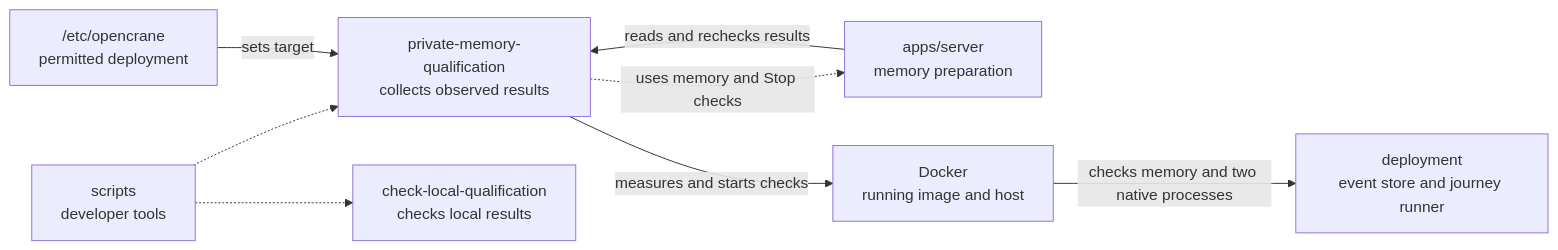
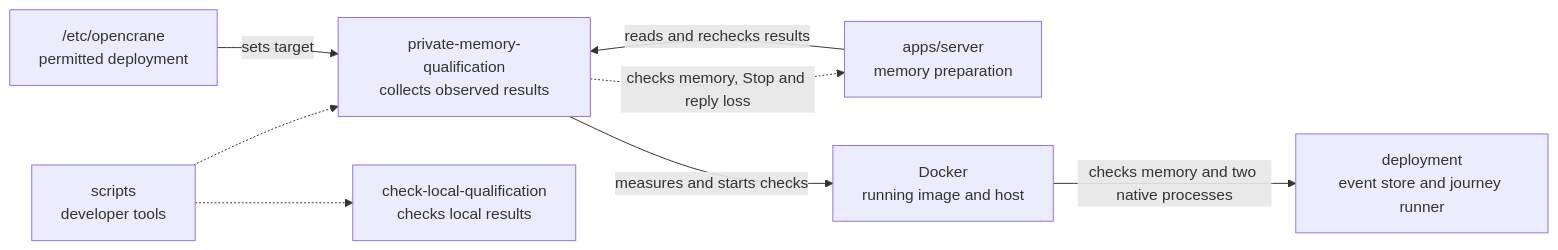
One commit to elewa-git/opencrane-new changed the diagram in scripts/private-memory-qualification/README.md. Above: the diagram before and after it, drawn with Mermaid. The commit also changed other lines of this file and 12 other files, not shown here.

````diff
--- a/scripts/private-memory-qualification/README.md
+++ b/scripts/private-memory-qualification/README.md
@@ -18,10 +18,10 @@
 ```mermaid
 flowchart LR
   scripts["scripts<br/>developer tools"] -.-> collector["private-memory-qualification<br/>collects observed results"]
   scripts -.-> sibling["check-local-qualification<br/>checks local results"]
   server["apps/server<br/>memory preparation"] -->|reads and rechecks results| collector
-  collector -.->|uses memory and Stop checks| server
+  collector -.->|checks memory, Stop and reply loss| server
   config["/etc/opencrane<br/>permitted deployment"] -->|sets target| collector
   collector -->|measures and starts checks| docker["Docker<br/>running image and host"]
   docker -->|checks memory and two native processes| deployment["deployment<br/>event store and journey runner"]
 ```
````
